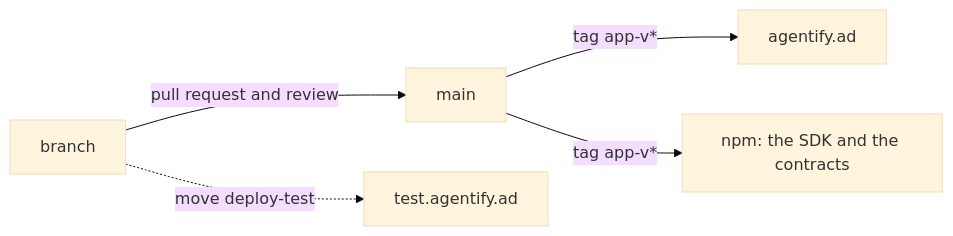
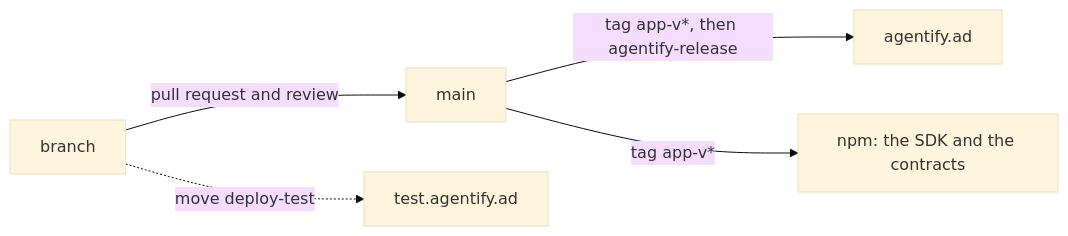
Before and after one commit to aftercard/agentify: the diagram in README.md, drawn with Mermaid (base theme). The commit also changed other lines of this file and 36 other files, not shown here.

````diff
--- a/README.md
+++ b/README.md
@@ -286,7 +287,7 @@
 ```mermaid
 flowchart LR
     B[branch] -- pull request and review --> M[main]
     B -. move deploy-test .-> T[test.agentify.ad]
-    M -- tag app-v* --> P[agentify.ad]
+    M -- tag app-v*, then agentify-release --> P[agentify.ad]
     M -- tag app-v* --> N[npm: the SDK and the contracts]
 ```
````
